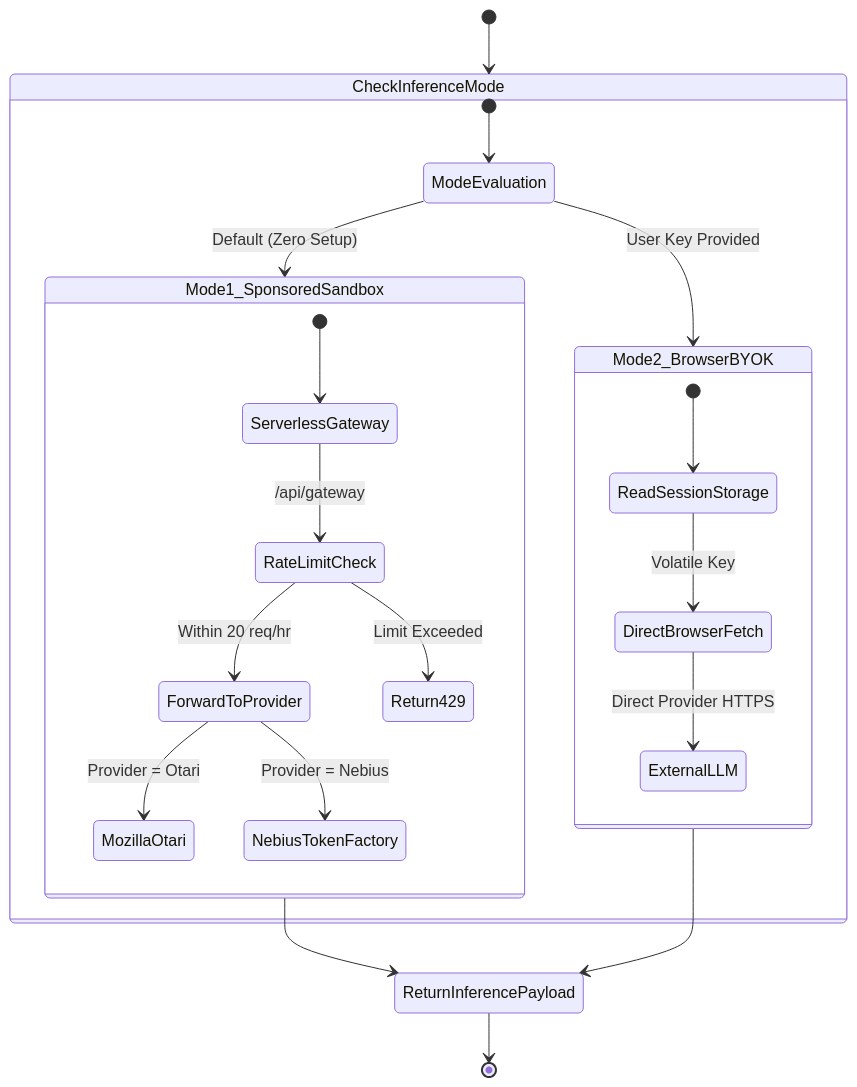
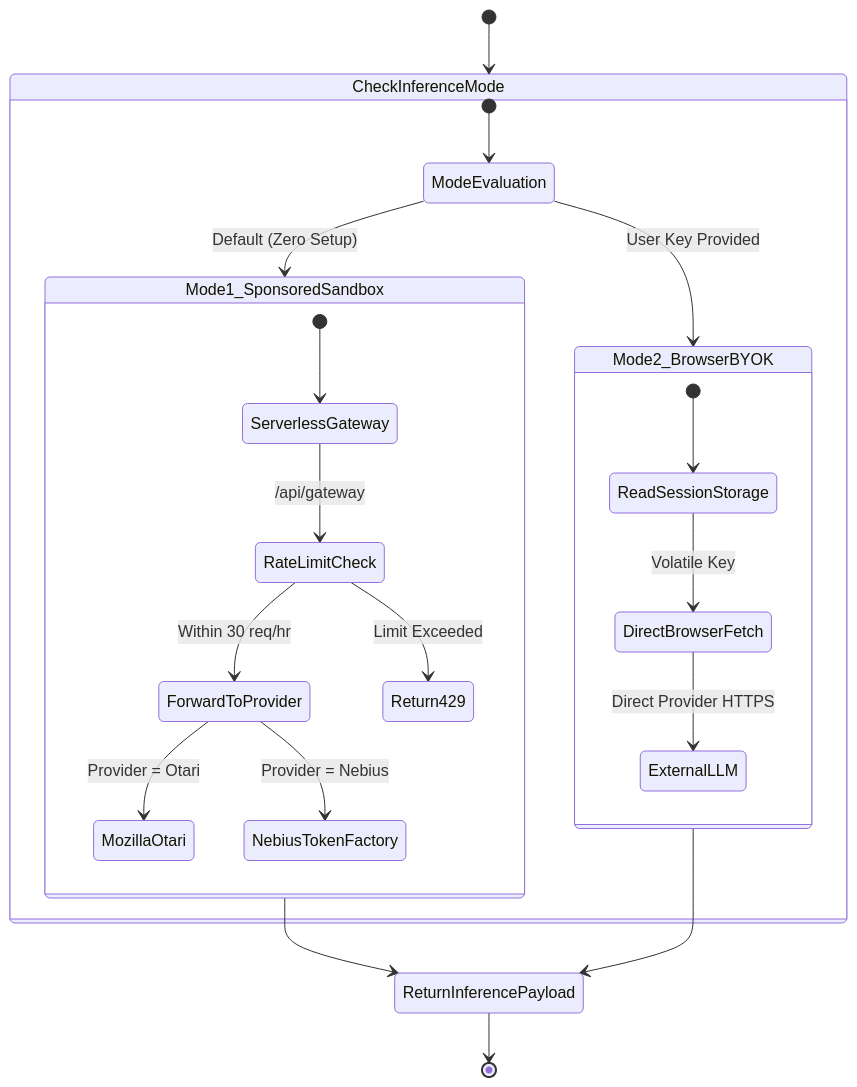
One commit to fokrulanthro16-eng/verdant-nanda changed the third of 3 diagrams in README.md. Above: the diagram before and after it, drawn with Mermaid. The commit also changed other lines of this file and 10 other files, not shown here.

````diff
--- a/README.md
+++ b/README.md
@@ -120,29 +119,29 @@
 ```mermaid
 stateDiagram-v2
     [*] --> CheckInferenceMode
 
     state CheckInferenceMode {
         [*] --> ModeEvaluation
         ModeEvaluation --> Mode1_SponsoredSandbox : Default (Zero Setup)
         ModeEvaluation --> Mode2_BrowserBYOK : User Key Provided
     }
 
     state Mode1_SponsoredSandbox {
         [*] --> ServerlessGateway
         ServerlessGateway --> RateLimitCheck : /api/gateway
-        RateLimitCheck --> ForwardToProvider : Within 20 req/hr
+        RateLimitCheck --> ForwardToProvider : Within 30 req/hr
         RateLimitCheck --> Return429 : Limit Exceeded
         ForwardToProvider --> MozillaOtari : Provider = Otari
         ForwardToProvider --> NebiusTokenFactory : Provider = Nebius
     }
 
     state Mode2_BrowserBYOK {
         [*] --> ReadSessionStorage
         ReadSessionStorage --> DirectBrowserFetch : Volatile Key
         DirectBrowserFetch --> ExternalLLM : Direct Provider HTTPS
     }
 
     Mode1_SponsoredSandbox --> ReturnInferencePayload
     Mode2_BrowserBYOK --> ReturnInferencePayload
     ReturnInferencePayload --> [*]
 ```
````
